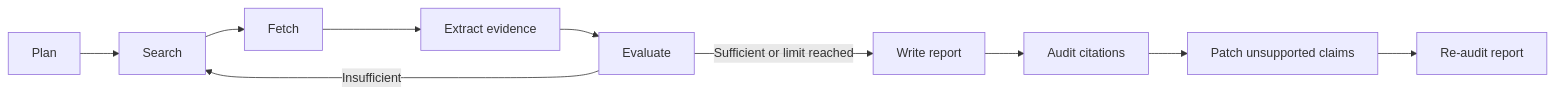
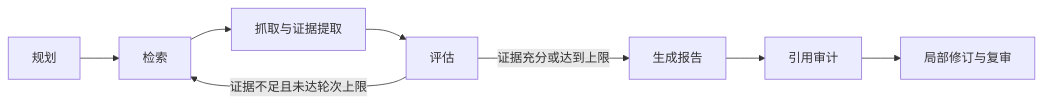
One commit to Vonllya/EvidencePilot changed the diagram in README.md. Above: the diagram before and after it, drawn with Mermaid. The commit also changed other lines of this file, not shown here.

````diff
--- a/README.md
+++ b/README.md
@@ -18,12 +14,10 @@
 ```mermaid
 flowchart LR
-    A[Plan] --> B[Search]
-    B --> C[Fetch]
-    C --> D[Extract evidence]
-    D --> E[Evaluate]
-    E -->|Insufficient| B
-    E -->|Sufficient or limit reached| F[Write report]
-    F --> G[Audit citations]
-    G --> H[Patch unsupported claims]
-    H --> I[Re-audit report]
+    A[规划] --> B[检索]
+    B --> C[抓取与证据提取]
+    C --> D[评估]
+    D -->|证据不足且未达轮次上限| B
+    D -->|证据充分或达到上限| E[生成报告]
+    E --> F[引用审计]
+    F --> G[局部修订与复审]
 ```
````
